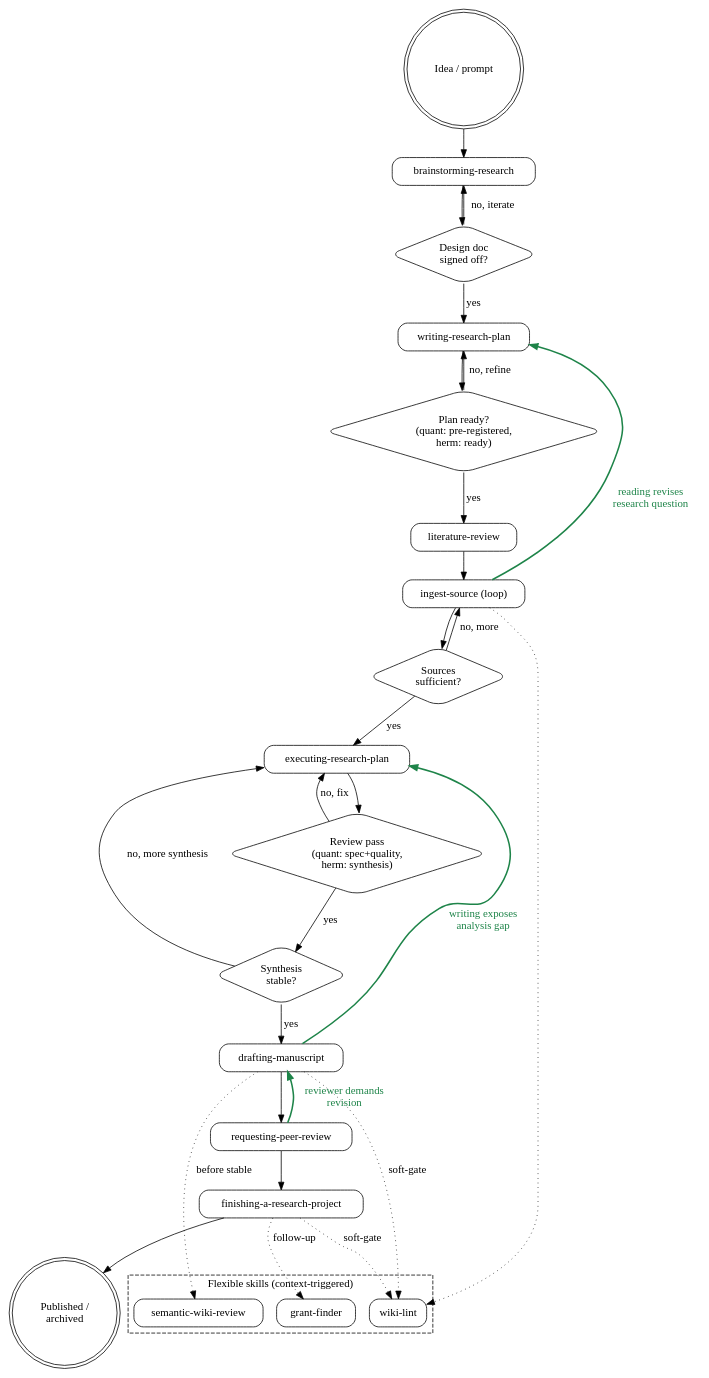
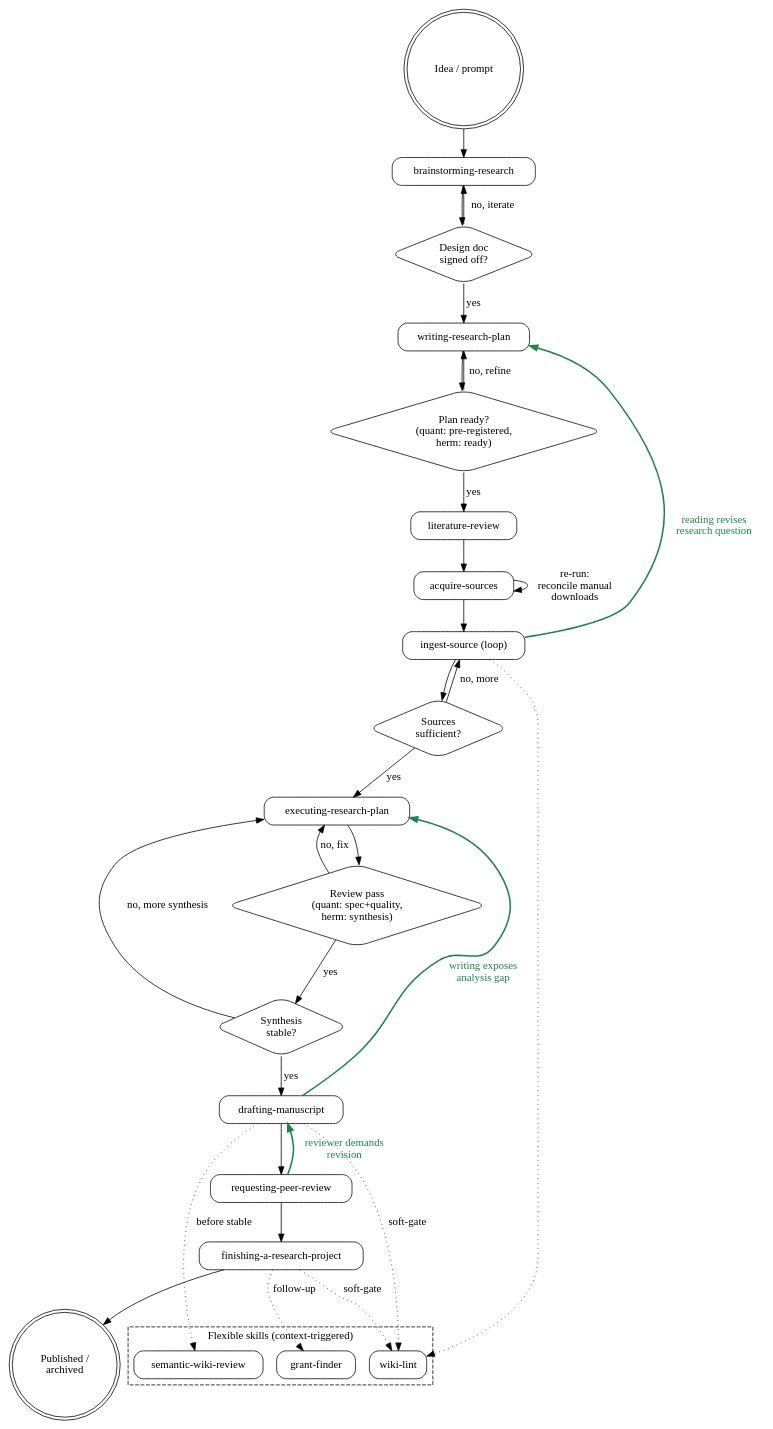
One commit to leiverkus/research-superpowers changed the diagram in docs/assets/phase-flow.dot. Above: the diagram before and after it, drawn with Graphviz. The commit also changed 19 other files, not shown here.

First line of the commit message:
feat: acquire-sources phase + ingest hard-stop on missing original

```diff
--- a/docs/assets/phase-flow.dot
+++ b/docs/assets/phase-flow.dot
@@ -1,63 +1,66 @@
 digraph research_flow {
     rankdir=TB;
     node [shape=box, style=rounded];
 
     start [shape=doublecircle, label="Idea / prompt"];
     brainstorm [label="brainstorming-research"];
     design_gate [shape=diamond, label="Design doc\nsigned off?"];
     plan [label="writing-research-plan"];
     prereg_gate [shape=diamond, label="Plan ready?\n(quant: pre-registered,\nherm: ready)"];
     litrev [label="literature-review"];
+    acquire [label="acquire-sources"];
     ingest [label="ingest-source (loop)"];
     sources_gate [shape=diamond, label="Sources\nsufficient?"];
     execute [label="executing-research-plan"];
     review_gate [shape=diamond, label="Review pass\n(quant: spec+quality,\nherm: synthesis)"];
     synthesis_gate [shape=diamond, label="Synthesis\nstable?"];
     draft [label="drafting-manuscript"];
     peer [label="requesting-peer-review"];
     finish [label="finishing-a-research-project"];
     done [shape=doublecircle, label="Published /\narchived"];
 
     subgraph cluster_flex {
         label="Flexible skills (context-triggered)";
         style=dashed;
         lint [label="wiki-lint"];
         semrev [label="semantic-wiki-review"];
         grant [label="grant-finder"];
     }
 
     // Forward (standard run)
     start -> brainstorm;
     brainstorm -> design_gate;
     design_gate -> plan [label="yes"];
     design_gate -> brainstorm [label="no, iterate"];
     plan -> prereg_gate;
     prereg_gate -> litrev [label="yes"];
     prereg_gate -> plan [label="no, refine"];
-    litrev -> ingest;
+    litrev -> acquire;
+    acquire -> ingest;
+    acquire -> acquire [label="re-run:\nreconcile manual\ndownloads"];
     ingest -> sources_gate;
     sources_gate -> ingest [label="no, more"];
     sources_gate -> execute [label="yes"];
     execute -> review_gate;
     review_gate -> execute [label="no, fix"];
     review_gate -> synthesis_gate [label="yes"];
     synthesis_gate -> draft [label="yes"];
     synthesis_gate -> execute [label="no, more synthesis"];
     draft -> peer;
     peer -> finish;
     finish -> done;
 
     // Hermeneutic back-edges — legitimate circle, not failure
     edge [color="#1e8449", style=bold, fontcolor="#1e8449"];
     ingest -> plan [label="reading revises\nresearch question", constraint=false];
     draft -> execute [label="writing exposes\nanalysis gap", constraint=false];
     peer -> draft [label="reviewer demands\nrevision", constraint=false];
     edge [color=black, style=solid, fontcolor=black];
 
     // Flexible skills — advisory, not a phase
     ingest -> lint [style=dotted];
     draft -> lint [style=dotted, label="soft-gate"];
     finish -> lint [style=dotted, label="soft-gate"];
     draft -> semrev [style=dotted, label="before stable"];
     finish -> grant [style=dotted, label="follow-up"];
 }
```
